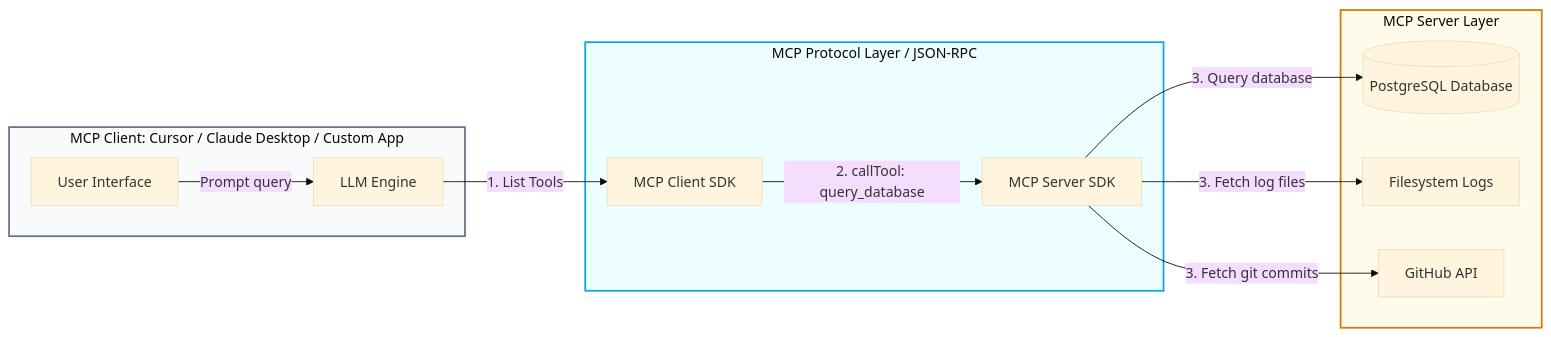
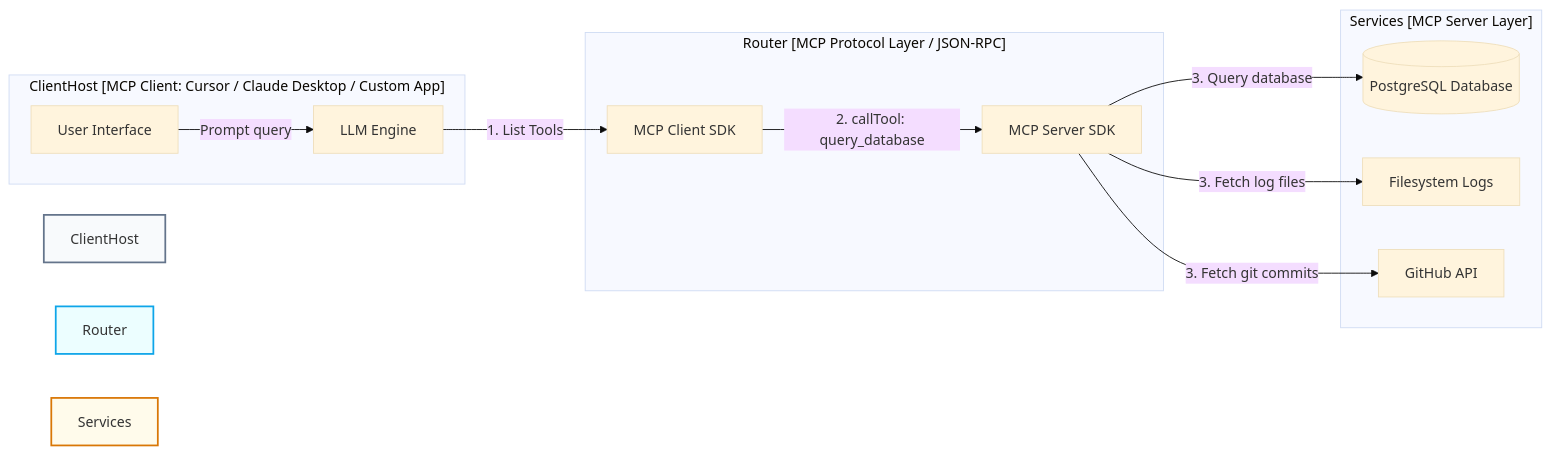
Before and after one commit to akmalkhaniub/akmalkhaniub.github.io: the diagram in blog/posts/model-context-protocol-mcp-usb-c.md, drawn with Mermaid (base theme). The commit also changed 600 other files, not shown here.

Commit message:
fix(blog): resolve Mermaid v10 syntax errors across Figure 1 and publication subgraphs

````diff
--- a/blog/posts/model-context-protocol-mcp-usb-c.md
+++ b/blog/posts/model-context-protocol-mcp-usb-c.md
@@ -24,21 +24,21 @@
 ```mermaid
 graph LR
-    subgraph ClientHost [MCP Client: Cursor / Claude Desktop / Custom App]
+    subgraph SG1_ClienthostMcpClient ["ClientHost [MCP Client: Cursor / Claude Desktop / Custom App]"]
         User[User Interface] -->|Prompt query| ModelEngine[LLM Engine]
     end
 
-    subgraph Router [MCP Protocol Layer / JSON-RPC]
+    subgraph SG2_RouterMcpProtocol ["Router [MCP Protocol Layer / JSON-RPC]"]
         ModelEngine -->|1. List Tools| MCPClient[MCP Client SDK]
         MCPClient -->|2. callTool: query_database| MCPServer[MCP Server SDK]
     end
 
-    subgraph Services [MCP Server Layer]
+    subgraph SG3_ServicesMcpServer ["Services [MCP Server Layer]"]
         MCPServer -->|3. Query database| DB[(PostgreSQL Database)]
         MCPServer -->|3. Fetch log files| FS[Filesystem Logs]
         MCPServer -->|3. Fetch git commits| Git[GitHub API]
     end
 
     style ClientHost fill:#f8fafc,stroke:#64748b,stroke-width:2px
     style Router fill:#ecfeff,stroke:#0ea5e9,stroke-width:2px
     style Services fill:#fffbeb,stroke:#d97706,stroke-width:2px
 ```
````
